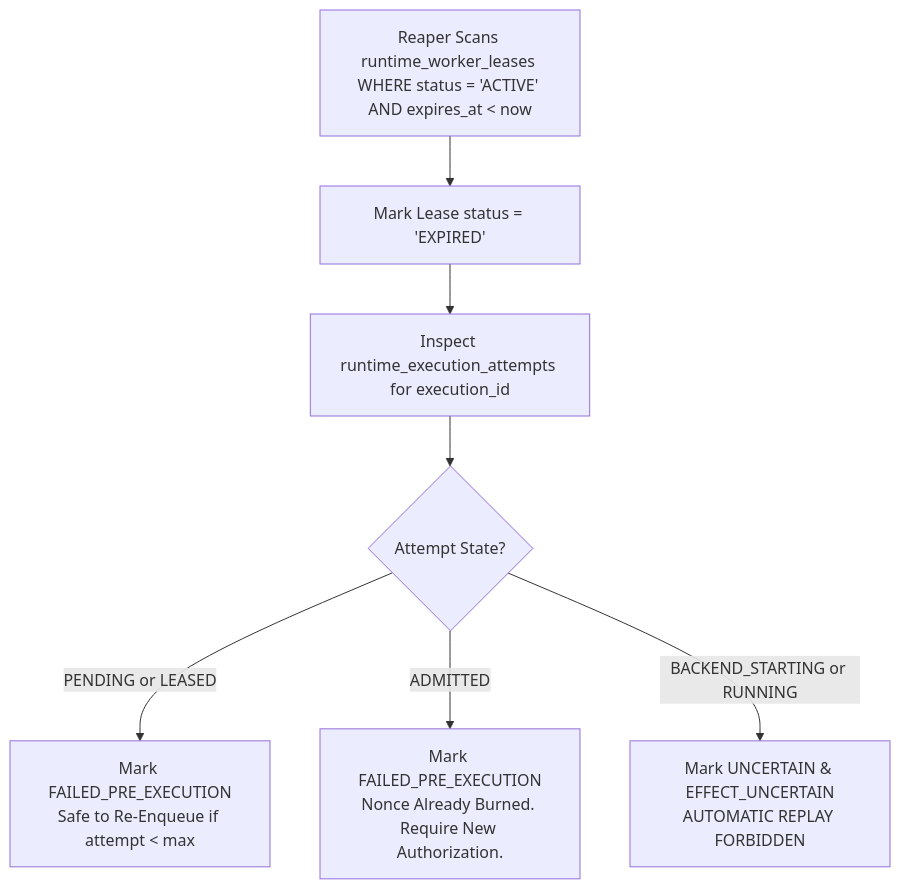
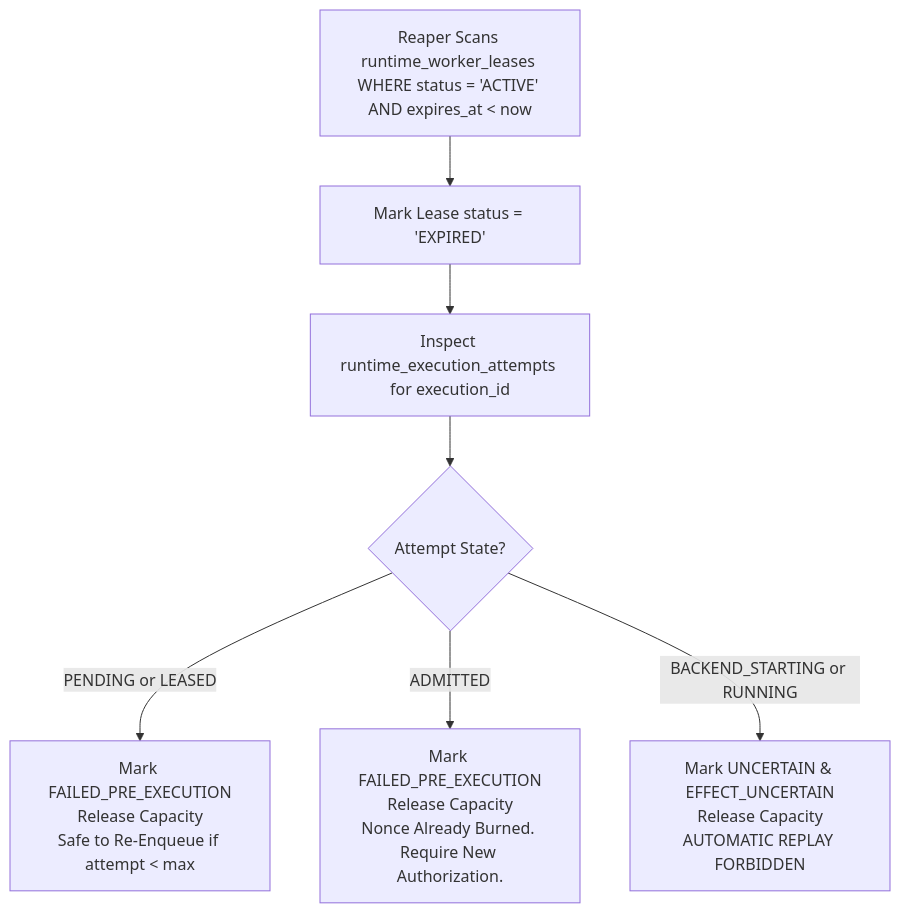
The diagram in docs/phase7a-execution/worker-fencing-and-recovery.md (Guruprasath-Annadurai/Whitepact), drawn with Mermaid before and after one commit. The commit also changed other lines of this file and 14 other files, not shown here.

````diff
--- a/docs/phase7a-execution/worker-fencing-and-recovery.md
+++ b/docs/phase7a-execution/worker-fencing-and-recovery.md
@@ -132,9 +162,9 @@
 ```mermaid
 flowchart TD
     POLL[Reaper Scans runtime_worker_leases WHERE status = 'ACTIVE' AND expires_at < now] --> EXPIRE[Mark Lease status = 'EXPIRED']
     EXPIRE --> INSPECT[Inspect runtime_execution_attempts for execution_id]
     INSPECT --> CHECK{Attempt State?}
-    CHECK -- PENDING or LEASED --> REQUEUE[Mark FAILED_PRE_EXECUTION<br/>Safe to Re-Enqueue if attempt < max]
-    CHECK -- ADMITTED --> ABORT_ADMITTED[Mark FAILED_PRE_EXECUTION<br/>Nonce Already Burned. Require New Authorization.]
-    CHECK -- BACKEND_STARTING or RUNNING --> UNCERTAIN[Mark UNCERTAIN & EFFECT_UNCERTAIN<br/>AUTOMATIC REPLAY FORBIDDEN]
+    CHECK -- PENDING or LEASED --> REQUEUE[Mark FAILED_PRE_EXECUTION<br/>Release Capacity<br/>Safe to Re-Enqueue if attempt < max]
+    CHECK -- ADMITTED --> ABORT_ADMITTED[Mark FAILED_PRE_EXECUTION<br/>Release Capacity<br/>Nonce Already Burned. Require New Authorization.]
+    CHECK -- BACKEND_STARTING or RUNNING --> UNCERTAIN[Mark UNCERTAIN & EFFECT_UNCERTAIN<br/>Release Capacity<br/>AUTOMATIC REPLAY FORBIDDEN]
 ```
````
